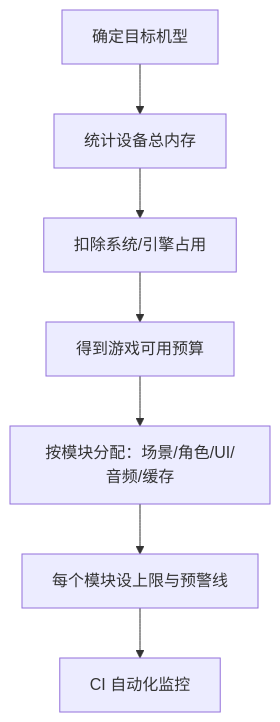
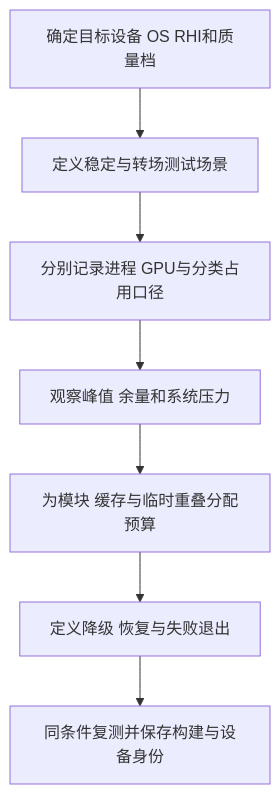
Before and after one commit to fantuan812/learning: the sixth of 6 diagrams in 知识/08-工程实践与质量/调试与性能分析/04-渲染与加载性能优化.md, drawn with Mermaid. The commit also changed other lines of this file and 1 other file, not shown here.

````diff
--- a/知识/08-工程实践与质量/调试与性能分析/04-渲染与加载性能优化.md
+++ b/知识/08-工程实践与质量/调试与性能分析/04-渲染与加载性能优化.md
@@ -248,9 +576,9 @@
 ```mermaid
 flowchart TD
-    A[确定目标机型] --> B[统计设备总内存]
-    B --> C[扣除系统/引擎占用]
-    C --> D[得到游戏可用预算]
-    D --> E[按模块分配：场景/角色/UI/音频/缓存]
-    E --> F[每个模块设上限与预警线]
-    F --> G[CI 自动化监控]
+    A[确定目标设备 OS RHI和质量档] --> B[定义稳定与转场测试场景]
+    B --> C[分别记录进程 GPU与分类占用口径]
+    C --> D[观察峰值 余量和系统压力]
+    D --> E[为模块 缓存与临时重叠分配预算]
+    E --> F[定义降级 恢复与失败退出]
+    F --> G[同条件复测并保存构建与设备身份]
 ```
````
